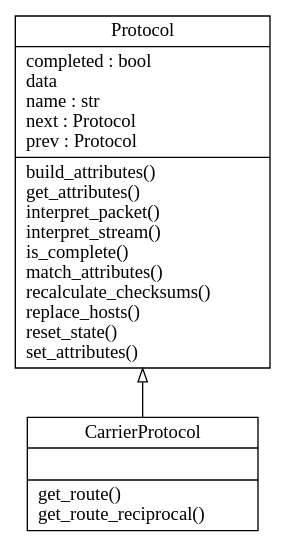
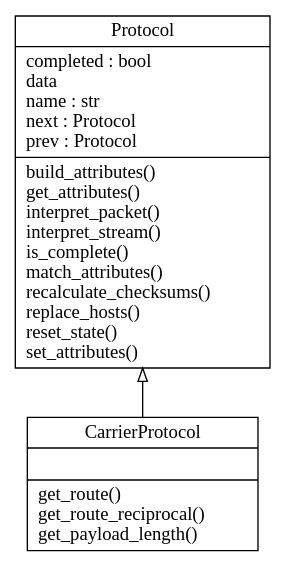
The diagram in report/diagrams/protocol.dot (SingularityCat/pcpaps), drawn with Graphviz before and after one commit. The commit also changed 1 other file, not shown here.

Commit message:
Add get_payload_length method to CarrierProtocol.

```diff
--- a/report/diagrams/protocol.dot
+++ b/report/diagrams/protocol.dot
@@ -1,7 +1,7 @@
 digraph {
 charset="utf-8"
 rankdir=BT
-"0" [label="{CarrierProtocol|\l|get_route()\lget_route_reciprocal()\l}", shape="record"];
+"0" [label="{CarrierProtocol|\l|get_route()\lget_route_reciprocal()\lget_payload_length()\l}", shape="record"];
 "1" [label="{Protocol|completed : bool\ldata\lname : str\lnext : Protocol\lprev : Protocol\l|build_attributes()\lget_attributes()\linterpret_packet()\linterpret_stream()\lis_complete()\lmatch_attributes()\lrecalculate_checksums()\lreplace_hosts()\lreset_state()\lset_attributes()\l}", shape="record"];
 "0" -> "1" [arrowhead="empty", arrowtail="none"];
 }
```
